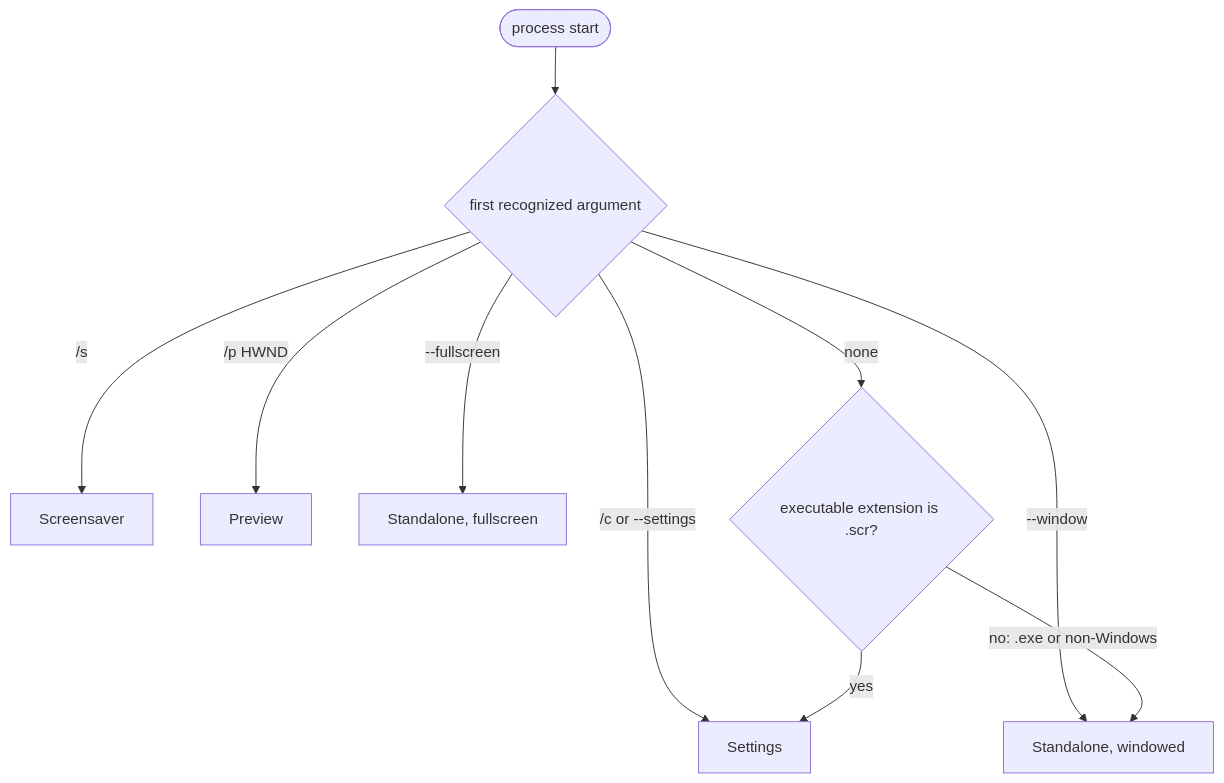
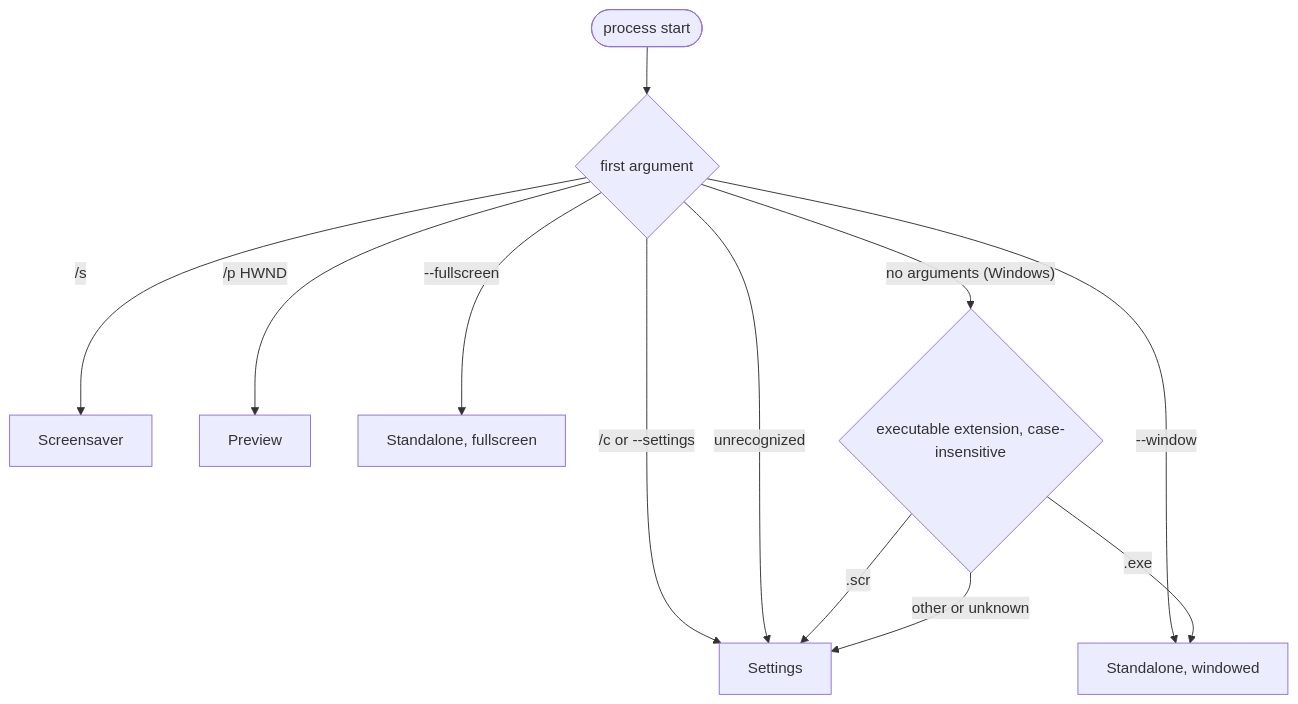
The diagram in docs/adr/0012-standalone-app-mode.md (suchi/flying-microwave), drawn with Mermaid before and after one commit. The commit also changed other lines of this file and 1 other file, not shown here.

Commit message:
docs: decide launch mode by first argument only
起動モードは最初の引数だけで決め、認識できない場合は拡張子に関係なく
設定画面にする規則に、ADR-0012とアーキテクチャをそろえた(`foo /s`で
全画面にならない)。引数がないときの拡張子の判定は大文字小文字を区別せず、
取得できない場合は設定画面とし、Windows以外の扱いは移植時に決める。

Claude-Session: https://claude.ai/code/session_01PfjZi3ZNiUaKYhy3YMJShz

````diff
--- a/docs/adr/0012-standalone-app-mode.md
+++ b/docs/adr/0012-standalone-app-mode.md
@@ -26,12 +27,14 @@
 ```mermaid
 flowchart TD
-    start(["process start"]) --> first{"first recognized argument"}
+    start(["process start"]) --> first{"first argument"}
     first -->|"/s"| saver["Screensaver"]
     first -->|"/p HWND"| preview["Preview"]
     first -->|"/c or --settings"| settings["Settings"]
     first -->|"--window"| win["Standalone, windowed"]
     first -->|"--fullscreen"| full["Standalone, fullscreen"]
-    first -->|"none"| ext{"executable extension is .scr?"}
-    ext -->|"yes"| settings
-    ext -->|"no: .exe or non-Windows"| win
+    first -->|"unrecognized"| settings
+    first -->|"no arguments (Windows)"| ext{"executable extension, case-insensitive"}
+    ext -->|".scr"| settings
+    ext -->|".exe"| win
+    ext -->|"other or unknown"| settings
 ```
````
